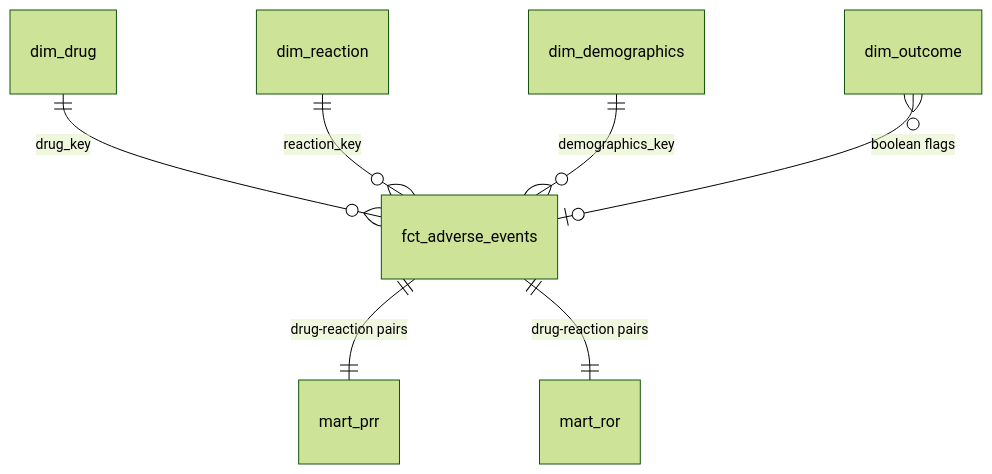
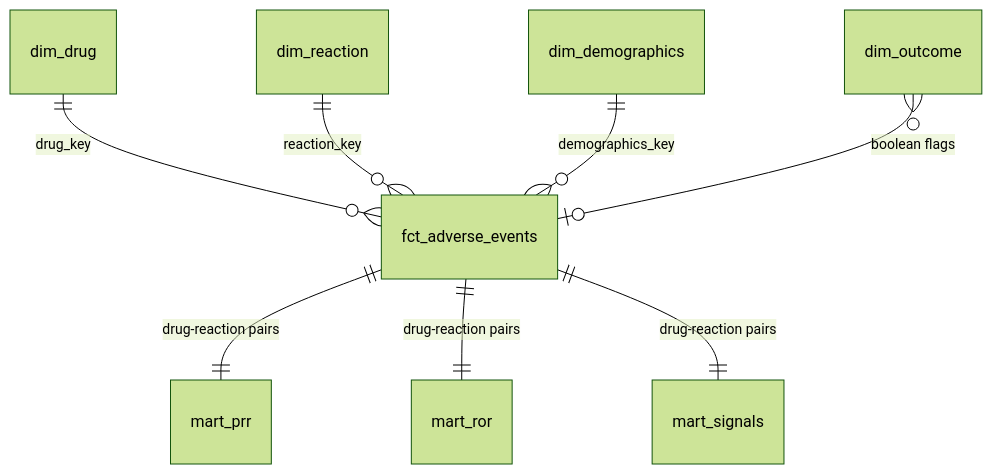
The first of 2 diagrams in docs/star_schema.md (DeanKuhn/pharmawatch), drawn with Mermaid (forest theme) before and after one commit. The commit also changed other lines of this file and 2 other files, not shown here.

Commit message:
updates after mart_signal was added

````diff
--- a/docs/star_schema.md
+++ b/docs/star_schema.md
@@ -6,9 +6,10 @@
 ```mermaid
 erDiagram
     dim_drug ||--o{ fct_adverse_events : "drug_key"
     dim_reaction ||--o{ fct_adverse_events : "reaction_key"
     dim_demographics ||--o{ fct_adverse_events : "demographics_key"
     dim_outcome }o--o| fct_adverse_events : "boolean flags"
     fct_adverse_events ||--|| mart_prr : "drug-reaction pairs"
     fct_adverse_events ||--|| mart_ror : "drug-reaction pairs"
+    fct_adverse_events ||--|| mart_signals : "drug-reaction pairs"
 ```
````
